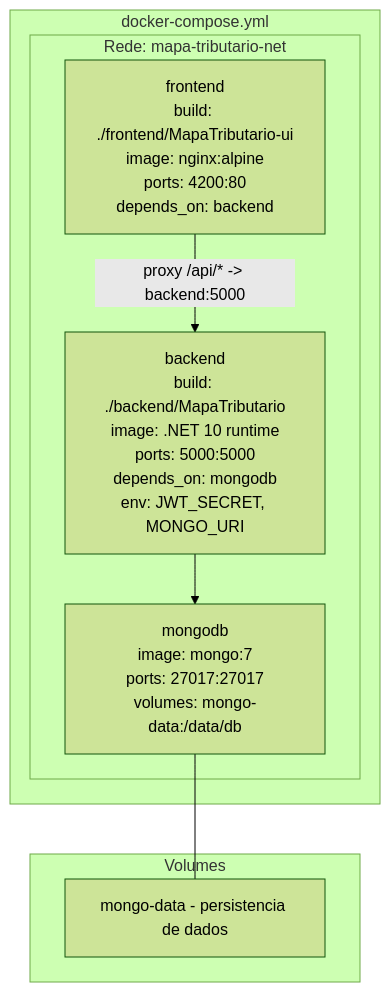
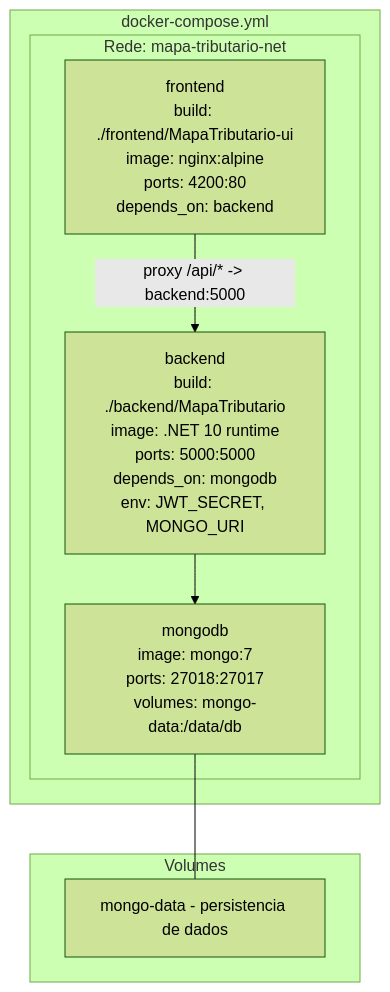
Before and after one commit to john182/poc-open-spec: the eighth of 8 diagrams in docs/technical-doc.md, drawn with Mermaid (forest theme). The commit also changed other lines of this file and 5 other files, not shown here.

````diff
--- a/docs/technical-doc.md
+++ b/docs/technical-doc.md
@@ -726,20 +755,20 @@
 ```mermaid
 graph TB
     subgraph "docker-compose.yml"
         subgraph "Rede: mapa-tributario-net"
             FE["frontend<br/>build: ./frontend/MapaTributario-ui<br/>image: nginx:alpine<br/>ports: 4200:80<br/>depends_on: backend"]
 
             BE["backend<br/>build: ./backend/MapaTributario<br/>image: .NET 10 runtime<br/>ports: 5000:5000<br/>depends_on: mongodb<br/>env: JWT_SECRET, MONGO_URI"]
 
-            MG["mongodb<br/>image: mongo:7<br/>ports: 27017:27017<br/>volumes: mongo-data:/data/db"]
+            MG["mongodb<br/>image: mongo:7<br/>ports: 27018:27017<br/>volumes: mongo-data:/data/db"]
         end
     end
 
     subgraph "Volumes"
         V1["mongo-data - persistencia de dados"]
     end
 
     FE -->|"proxy /api/* -> backend:5000"| BE
     BE --> MG
     MG --- V1
 ```
````
